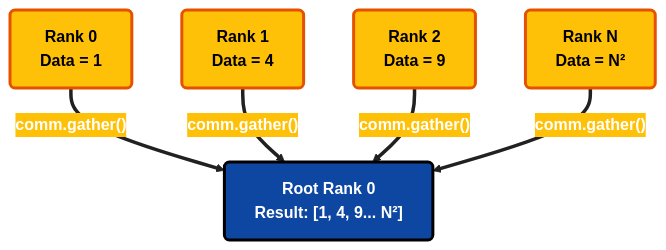
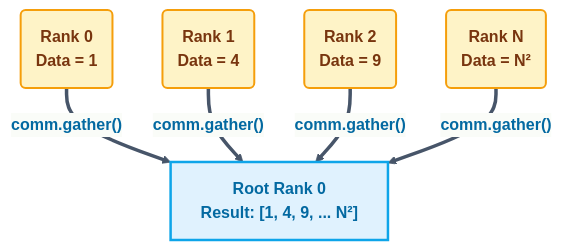
Before and after one commit to RameenAnwar/PDC-SP26-SE: the sixth of 8 diagrams in SyedMuhammadHuzaifaAshrafi-(23FA-035-SE)/Chapter04/README.md, drawn with Mermaid. The commit also changed other lines of this file and 5 other files, not shown here.

````diff
--- a/SyedMuhammadHuzaifaAshrafi-(23FA-035-SE)/Chapter04/README.md
+++ b/SyedMuhammadHuzaifaAshrafi-(23FA-035-SE)/Chapter04/README.md
@@ -290,22 +162,22 @@
 ```mermaid
-%%{init: {'theme': 'base', 'themeVariables': { 'lineColor': '#212121', 'primaryColor': '#FFF3E0', 'edgeLabelBackground': '#FFC107', 'textColor': '#000000' }}}%%
+%%{init: {'theme': 'base', 'themeVariables': { 'lineColor': '#475569', 'primaryColor': '#f8fafc', 'primaryTextColor': '#0f172a', 'primaryBorderColor': '#cbd5e1' }}}%%
 flowchart TD
-    %% Pro Max Gather Pattern
-    classDef root fill:#0D47A1,stroke:#000000,stroke-width:3px,color:#FFFFFF,font-weight:bold,rx:5,ry:5
-    classDef target fill:#FFC107,stroke:#E65100,stroke-width:3px,color:#000000,font-weight:bold,rx:5,ry:5
+    %% Premium Gather Pattern
+    classDef root fill:#e0f2fe,stroke:#0ea5e9,stroke-width:2.5px,color:#0369a1,font-weight:bold
+    classDef target fill:#fef3c7,stroke:#f59e0b,stroke-width:2px,color:#78350f,font-weight:bold
 
-    P0["Rank 0 \n Data = 1"]
-    P1["Rank 1 \n Data = 4"]
-    P2["Rank 2 \n Data = 9"]
-    PN["Rank N \n Data = N²"]
+    P0("Rank 0 <br> Data = 1")
+    P1("Rank 1 <br> Data = 4")
+    P2("Rank 2 <br> Data = 9")
+    PN("Rank N <br> Data = N²")
 
-    Root["Root Rank 0 \n Result: [1, 4, 9... N²]"]
+    Root["Root Rank 0 <br> Result: [1, 4, 9, ... N²]"]
 
     P0 == "comm.gather()" ==> Root
     P1 == "comm.gather()" ==> Root
     P2 == "comm.gather()" ==> Root
     PN == "comm.gather()" ==> Root
 
     class Root root
     class P0,P1,P2,PN target
 ```
````
